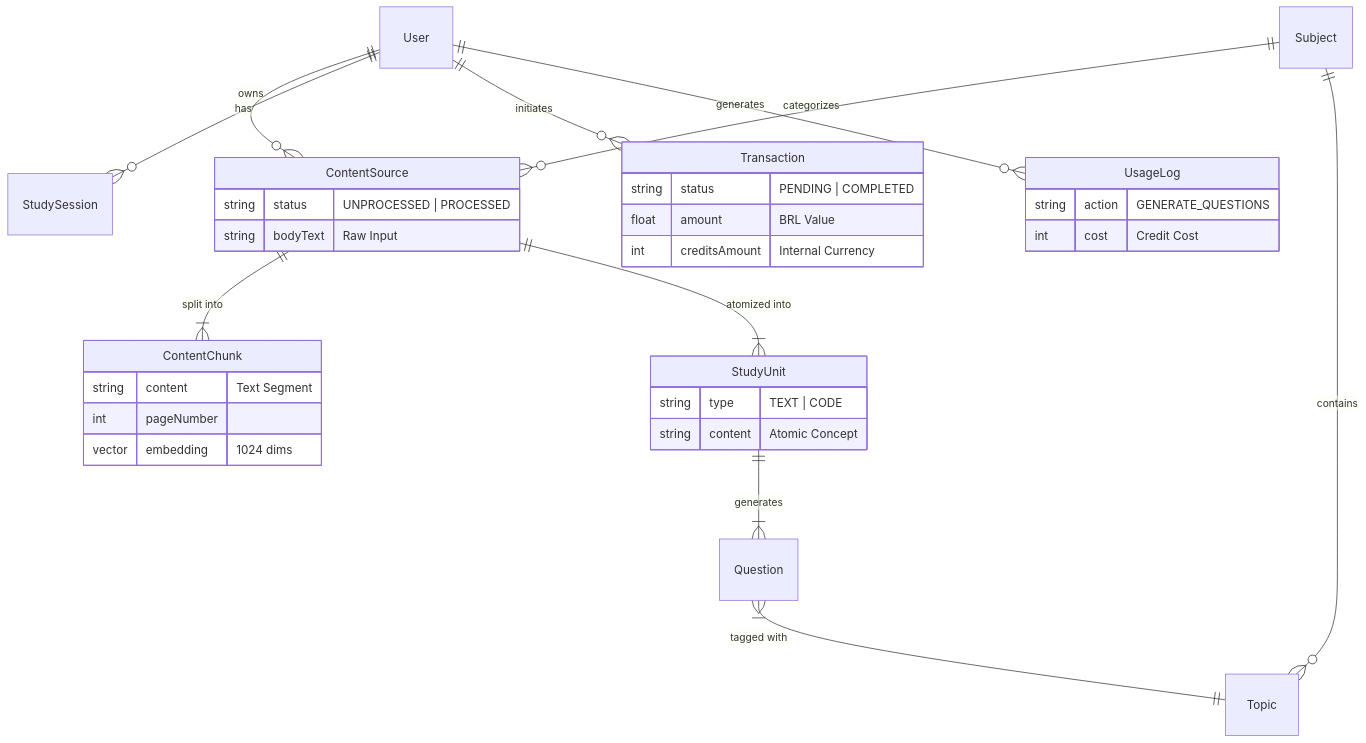
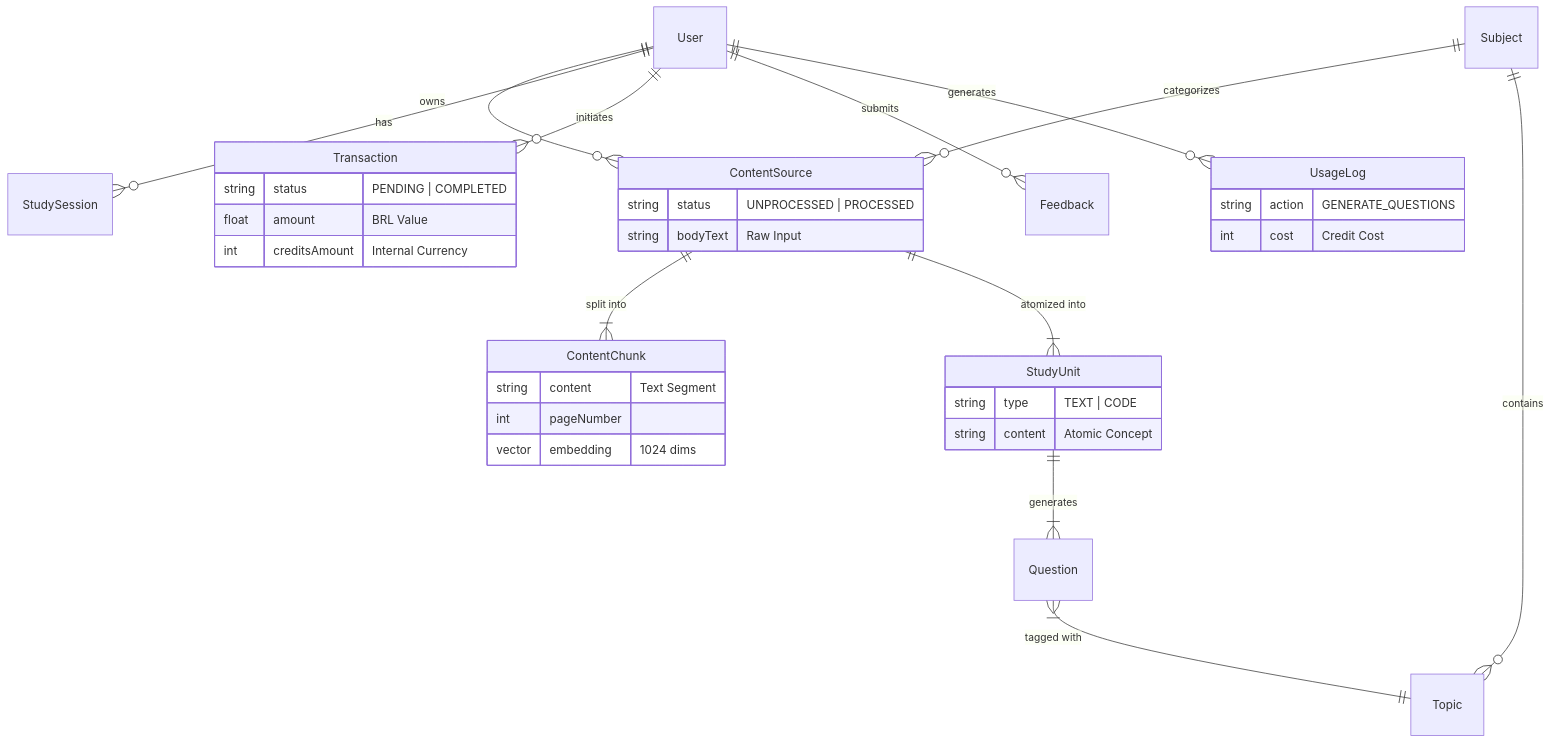
The third of 3 diagrams in docs/ARCHITECTURE.md (HenryXV/study-platform), drawn with Mermaid before and after one commit. The commit also changed other lines of this file and 1 other file, not shown here.

````diff
--- a/docs/ARCHITECTURE.md
+++ b/docs/ARCHITECTURE.md
@@ -157,43 +181,44 @@
 ```mermaid
 erDiagram
     User ||--o{ ContentSource : owns
     User ||--o{ StudySession : has
     User ||--o{ Transaction : initiates
+    User ||--o{ Feedback : submits
     User ||--o{ UsageLog : generates
 
     Subject ||--o{ ContentSource : categorizes
     Subject ||--o{ Topic : contains
 
     ContentSource ||--|{ ContentChunk : "split into"
     ContentSource ||--|{ StudyUnit : "atomized into"
     StudyUnit ||--|{ Question : "generates"
 
     Question }|--|| Topic : "tagged with"
 
     ContentSource {
         string status "UNPROCESSED | PROCESSED"
         string bodyText "Raw Input"
     }
 
     ContentChunk {
         string content "Text Segment"
         int pageNumber
         vector embedding "1024 dims"
     }
 
     StudyUnit {
         string type "TEXT | CODE"
         string content "Atomic Concept"
     }
 
     Transaction {
         string status "PENDING | COMPLETED"
         float amount "BRL Value"
         int creditsAmount "Internal Currency"
     }
 
     UsageLog {
         string action "GENERATE_QUESTIONS"
         int cost "Credit Cost"
     }
 ```
````
